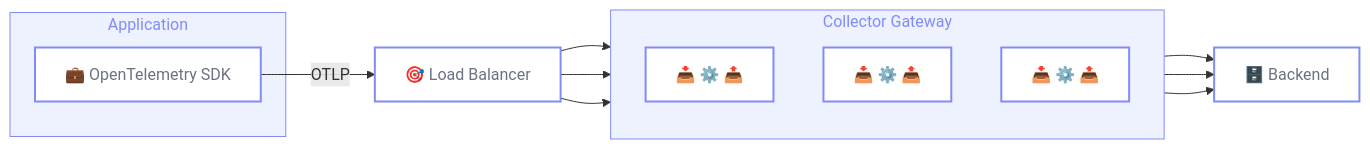
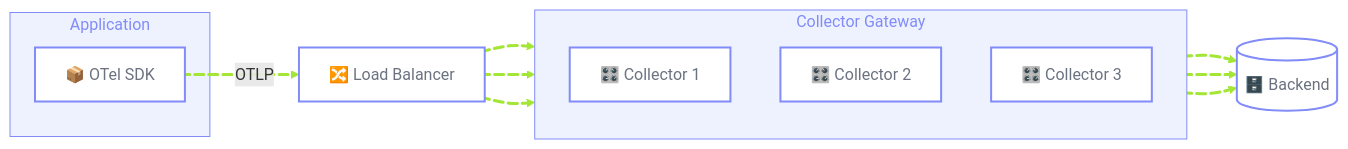
The third of 4 diagrams in content/en/docs/guidance/blueprints/centralized-platforms.md (open-telemetry/opentelemetry.io), drawn with Mermaid before and after one commit. The commit also changed other lines of this file, not shown here.

Commit message:
Chages to diagram 3

````diff
--- a/content/en/docs/guidance/blueprints/centralized-platforms.md
+++ b/content/en/docs/guidance/blueprints/centralized-platforms.md
@@ -436,41 +436,45 @@
 ```mermaid
 ---
 config:
   flowchart:
     curve: basis
 ---
 flowchart LR
-    %% Application Subgraph
     subgraph App["Application"]
-        SDK["💼 OpenTelemetry SDK"]:::node
+        SDK["📦 OTel SDK"]:::node
     end
 
-    %% Load Balancer
-    LB["🎯 Load Balancer"]:::node
+    LB["🔀 Load Balancer"]:::node
 
-    %% OpenTelemetry Collector Subgraph
     subgraph OTelCol["Collector Gateway"]
         direction TB
-        C1["📥 ⚙️ 📤"]:::node
-        C2["📥 ⚙️ 📤"]:::node
-        C3["📥 ⚙️ 📤"]:::node
+        C1["🎛️ Collector 1"]:::node
+        C2["🎛️ Collector 2"]:::node
+        C3["🎛️ Collector 3"]:::node
     end
 
-    %% Backend
-    Backend["🗄️ Backend"]:::node
+    Backend[("🗄️ Backend")]:::node
 
-    %% Connections
-    SDK -- "OTLP" --> LB
+    SDK L_SDK_LB@-- "OTLP" --> LB
 
-    LB --> C1
-    LB --> C2
-    LB --> C3
+    LB L_LB_C1@--> C1
+    LB L_LB_C2@--> C2
+    LB L_LB_C3@--> C3
 
-    C1 --> Backend
-    C2 --> Backend
-    C3 --> Backend
+    C1 L_C1_Backend@--> Backend
+    C2 L_C2_Backend@--> Backend
+    C3 L_C3_Backend@--> Backend
 
     classDef node fill:#ffffff, stroke:#818cf8, stroke-width:2px, color:#6b7280
     style App fill:#eef2ff, stroke:#818cf8, stroke-width:1px, color:#818cf8
     style OTelCol fill:#eef2ff, stroke:#818cf8, stroke-width:1px, color:#818cf8
+    linkStyle 0,1,2,3,4,5,6 stroke:#a3e635, fill:none, stroke-width:3px
+
+    L_SDK_LB@{ animation: fast }
+    L_LB_C1@{ animation: fast }
+    L_LB_C2@{ animation: fast }
+    L_LB_C3@{ animation: fast }
+    L_C1_Backend@{ animation: fast }
+    L_C2_Backend@{ animation: fast }
+    L_C3_Backend@{ animation: fast }
 ```
````
